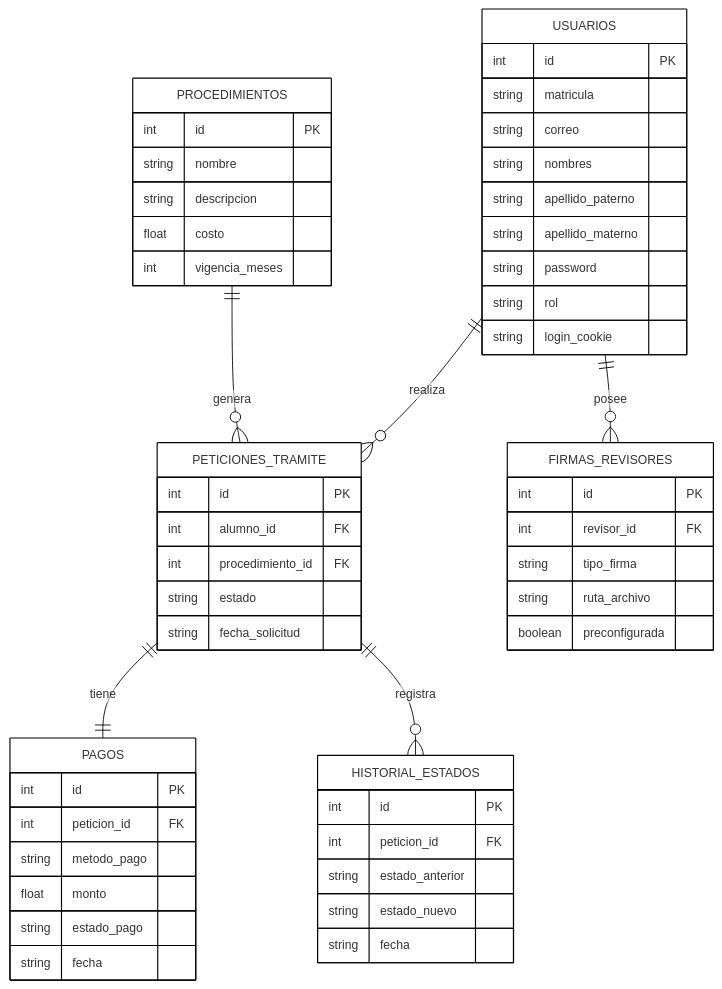
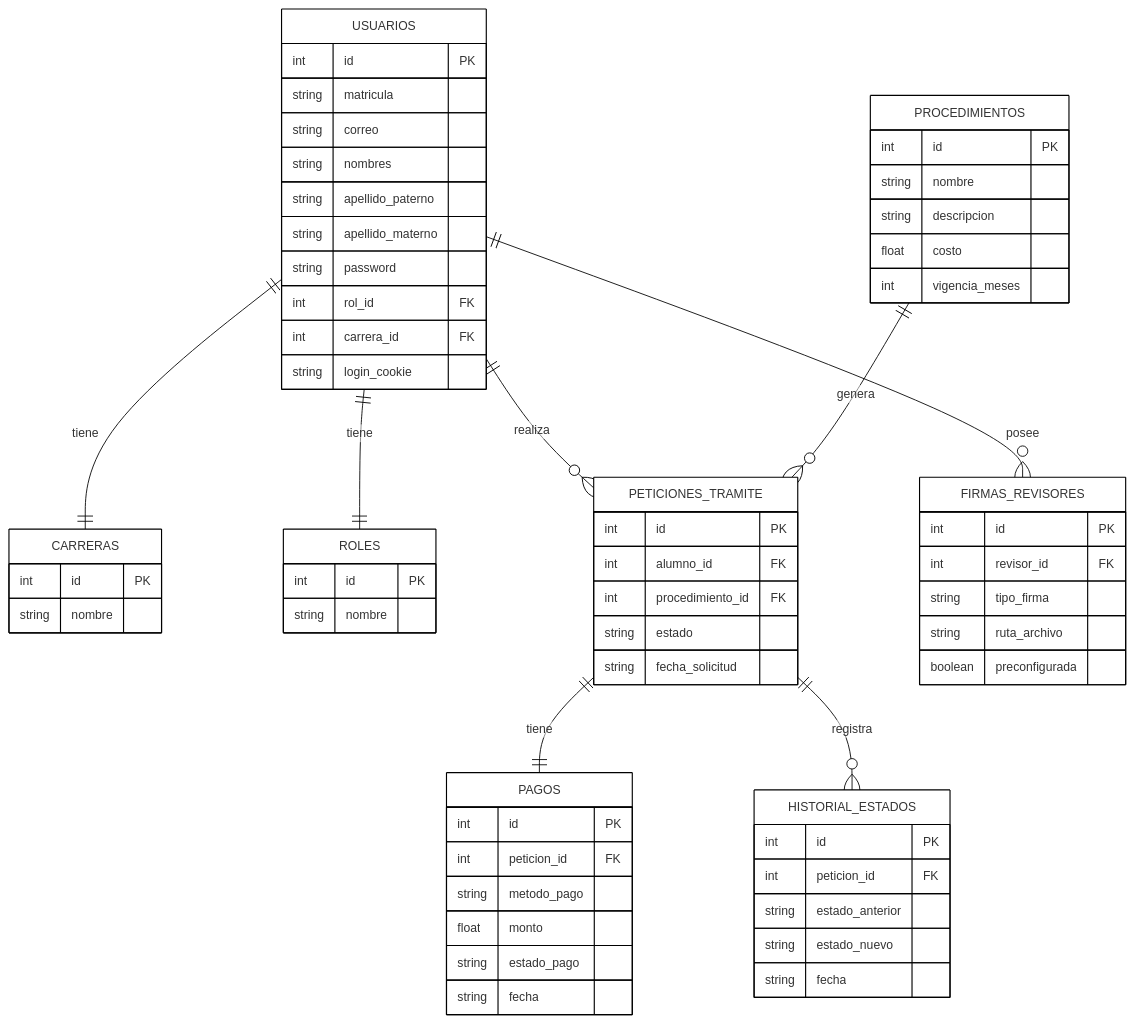
Before and after one commit to Emmanuel-Flores-Noh/SGACT: the diagram in docs/DiagramaER.mmd, drawn with Mermaid. The commit also changed 10 other files, not shown here.

Commit message:
Se cambio el diagrama y el codigo para incluir 2 nuevas tablas. Roles y Carreras (para los estudiantes). Los contratos entre el backend y frontend no se deberian ver afectados por este cambio.

```diff
--- a/docs/DiagramaER.mmd
+++ b/docs/DiagramaER.mmd
@@ -1,63 +1,76 @@
 ---
 config:
   theme: neo
 ---
 erDiagram
+    CARRERAS {
+        int id PK
+        string nombre
+    }
+    
+    ROLES {
+        int id PK
+        string nombre
+    }
+
     USUARIOS {
         int id PK
         string matricula
         string correo
         string nombres
         string apellido_paterno
         string apellido_materno
         string password
-        string rol
+        int rol_id FK
+        int carrera_id FK
         string login_cookie
     }
 
     PROCEDIMIENTOS {
         int id PK
         string nombre
         string descripcion
         float costo
         int vigencia_meses
     }
 
     PETICIONES_TRAMITE {
         int id PK
         int alumno_id FK
         int procedimiento_id FK
         string estado
         string fecha_solicitud
     }
 
     PAGOS {
         int id PK
         int peticion_id FK
         string metodo_pago
         float monto
         string estado_pago
         string fecha
     }
 
     FIRMAS_REVISORES {
         int id PK
         int revisor_id FK
         string tipo_firma
         string ruta_archivo
         boolean preconfigurada
     }
 
     HISTORIAL_ESTADOS {
         int id PK
         int peticion_id FK
         string estado_anterior
         string estado_nuevo
         string fecha
     }
 
+    USUARIOS ||--|| ROLES : tiene
+    USUARIOS ||--|| CARRERAS : tiene
     USUARIOS ||--o{ PETICIONES_TRAMITE : realiza
     PROCEDIMIENTOS ||--o{ PETICIONES_TRAMITE : genera
     PETICIONES_TRAMITE ||--|| PAGOS : tiene
     USUARIOS ||--o{ FIRMAS_REVISORES : posee
     PETICIONES_TRAMITE ||--o{ HISTORIAL_ESTADOS : registra
```
